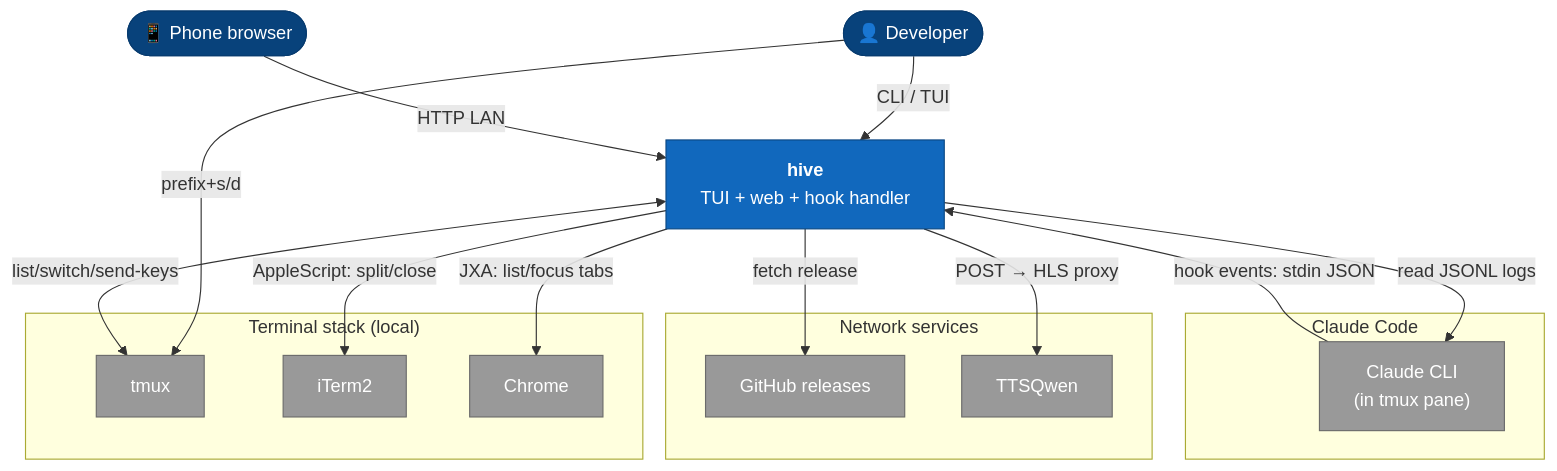
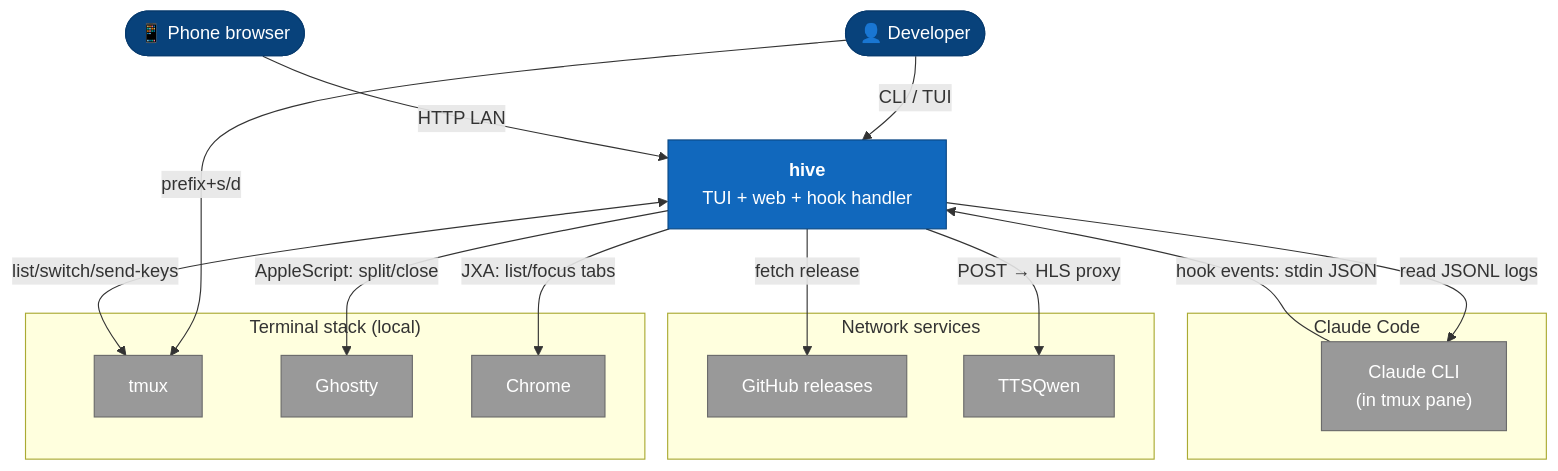
The first of 5 diagrams in docs/architecture.md (emiperez95/hive), drawn with Mermaid before and after one commit. The commit also changed other lines of this file and 20 other files, not shown here.

````diff
--- a/docs/architecture.md
+++ b/docs/architecture.md
@@ -11,40 +11,40 @@
 ```mermaid
 flowchart TB
     classDef person fill:#08427B,color:#fff,stroke:#073B6F
     classDef system fill:#1168BD,color:#fff,stroke:#0B4884
     classDef ext fill:#999,color:#fff,stroke:#6B6B6B
 
     dev(["👤 Developer"]):::person
     phone(["📱 Phone browser"]):::person
 
     hive["<b>hive</b><br/>TUI + web + hook handler"]:::system
 
     subgraph terminal["Terminal stack (local)"]
         tmux["tmux"]:::ext
-        iterm["iTerm2"]:::ext
+        ghostty["Ghostty"]:::ext
         chrome["Chrome"]:::ext
     end
 
     subgraph claude_grp["Claude Code"]
         claude["Claude CLI<br/>(in tmux pane)"]:::ext
     end
 
     subgraph cloud["Network services"]
         github["GitHub releases"]:::ext
         tts["TTSQwen"]:::ext
     end
 
     dev -->|CLI / TUI| hive
     dev -->|prefix+s/d| tmux
     phone -->|HTTP LAN| hive
 
     hive <-->|list/switch/send-keys| tmux
-    hive -->|AppleScript: split/close| iterm
+    hive -->|AppleScript: split/close| ghostty
     hive -->|JXA: list/focus tabs| chrome
 
     claude -->|hook events: stdin JSON| hive
     hive -->|read JSONL logs| claude
 
     hive -->|fetch release| github
     hive -->|POST → HLS proxy| tts
 ```
````
